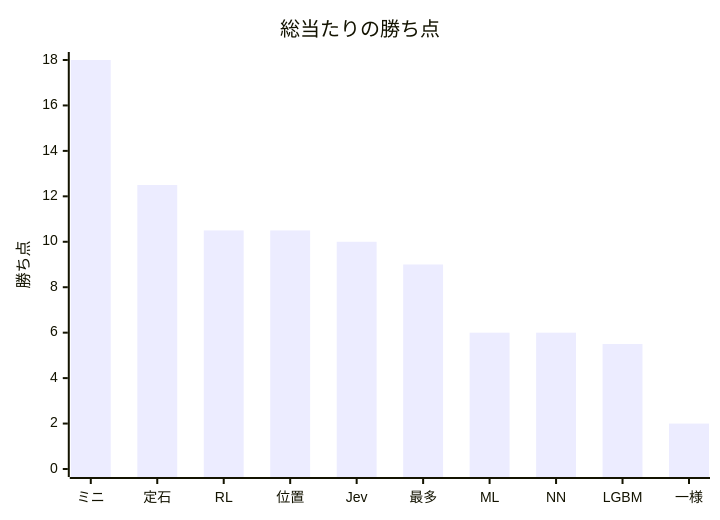
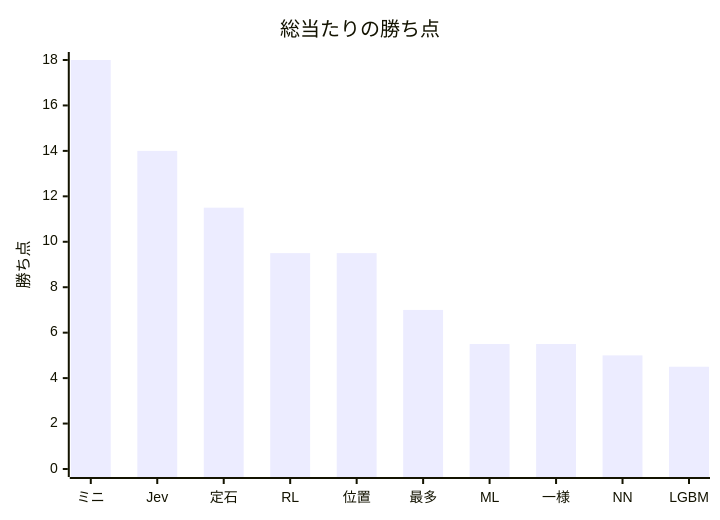
Before and after one commit to gnkm/reversi-ai: the diagram in docs/benchmarks/round-robin.md, drawn with Mermaid. The commit also changed other lines of this file and 1 other file, not shown here.

First line of the commit message:
docs(benchmarks): Jev 原子質問合成後の総当たり結果を更新する

````diff
--- a/docs/benchmarks/round-robin.md
+++ b/docs/benchmarks/round-robin.md
@@ -35,7 +36,7 @@
 ```mermaid
 xychart-beta
     title "総当たりの勝ち点"
-    x-axis ["ミニ", "定石", "RL", "位置", "Jev", "最多", "ML", "NN", "LGBM", "一様"]
+    x-axis ["ミニ", "Jev", "定石", "RL", "位置", "最多", "ML", "一様", "NN", "LGBM"]
     y-axis "勝ち点" 0 --> 18
-    bar [18, 12.5, 10.5, 10.5, 10, 9, 6, 6, 5.5, 2]
+    bar [18, 14, 11.5, 9.5, 9.5, 7, 5.5, 5.5, 5, 4.5]
 ```
````
